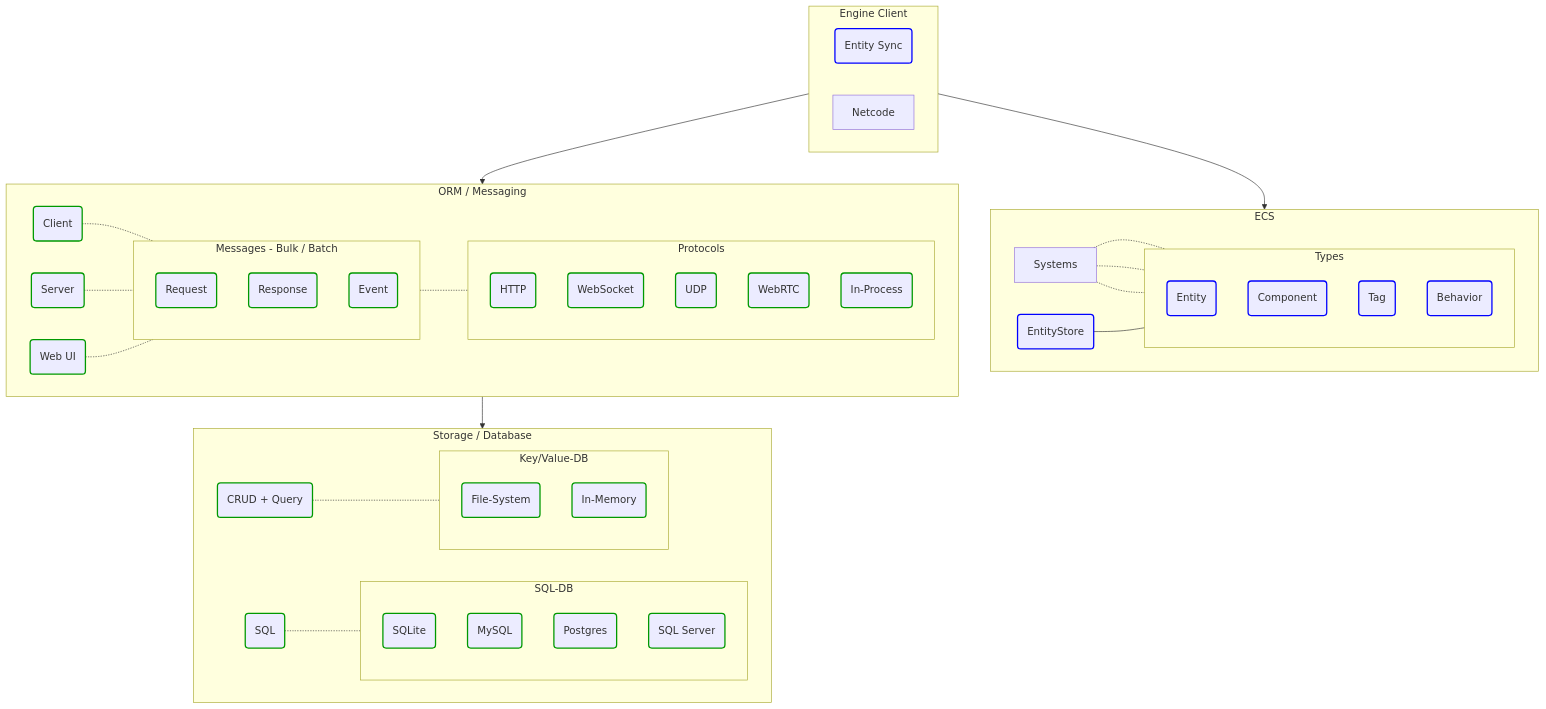
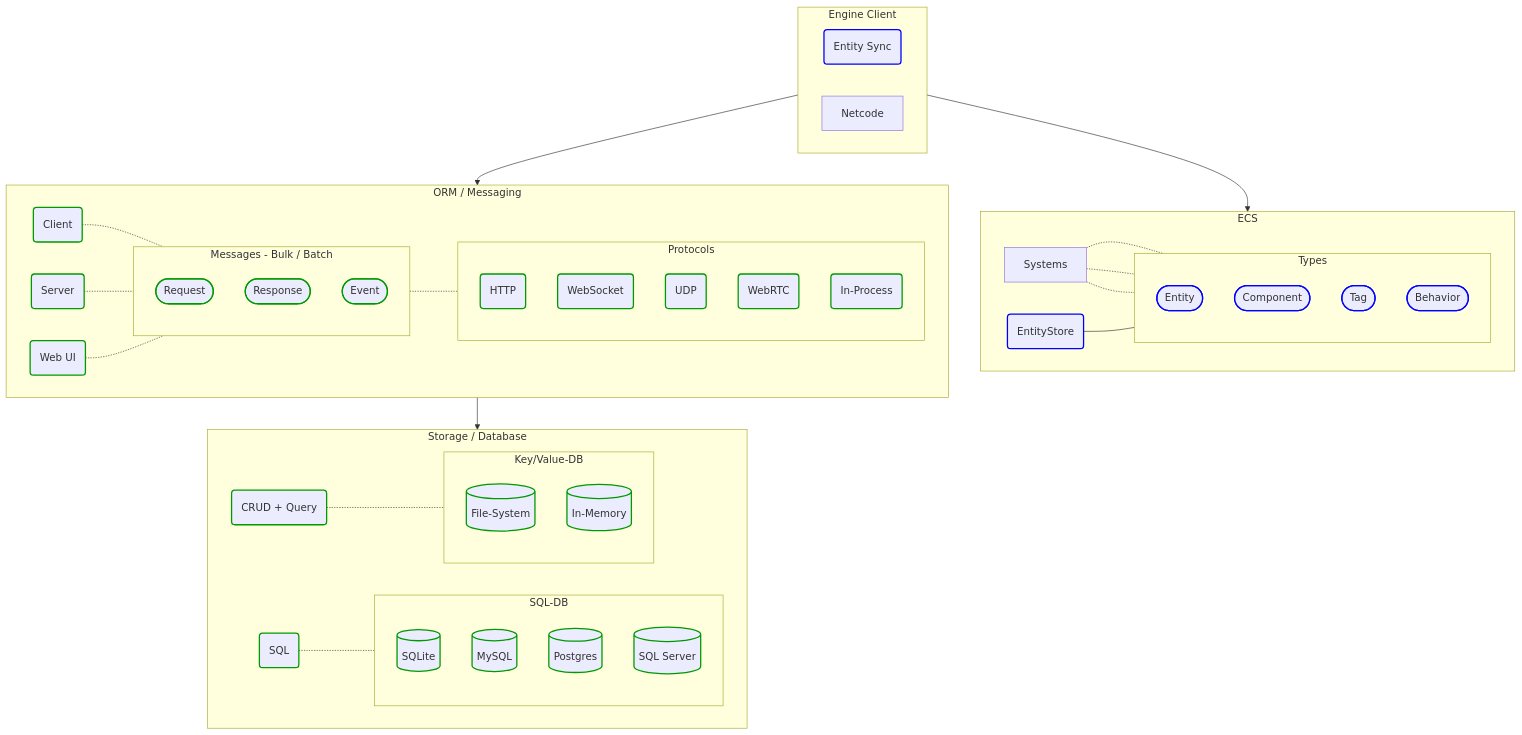
Before and after one commit to friflo/Friflo.Json.Fliox: the second of 3 diagrams in Engine/README.md, drawn with Mermaid. The commit also changed other lines of this file, not shown here.

Commit message:
Engine - update architecture diagram

```diff
--- a/Engine/README.md
+++ b/Engine/README.md
@@ -120,10 +120,10 @@
 
         subgraph ECS-Types[Types];
         direction TB;
-            Entity(Entity):::implemented
-            Component(Component):::implemented
-            Tag(Tag):::implemented
-            Behavior(Behavior):::implemented
+            Entity([Entity]):::implemented
+            Component([Component]):::implemented
+            Tag([Tag]):::implemented
+            Behavior([Behavior]):::implemented
         end
 
         EntityStore  --- ECS-Types
@@ -140,9 +140,9 @@
 
         subgraph Messages[Messages - Bulk / Batch];
             direction TB;
-            Request(Request):::finished
-            Response(Response):::finished
-            Event(Event):::finished
+            Request([Request]):::finished
+            Response([Response]):::finished
+            Event([Event]):::finished
         end
 
         Client -.- Messages
@@ -167,10 +167,10 @@
 
         subgraph SQL-DB;
             direction TB;
-            SQLite(SQLite):::finished
-            MySQL(MySQL):::finished
-            Postgres(Postgres):::finished
-            SQL-Server(SQL Server):::finished
+            SQLite[(SQLite)]:::finished
+            MySQL[(MySQL)]:::finished
+            Postgres[(Postgres)]:::finished
+            SQL-Server[(SQL Server)]:::finished
         end
 
         SQL     -.- SQL-DB
@@ -178,8 +178,8 @@
 
         subgraph Key/Value-DB;
             direction TB;
-            File-System(File-System):::finished
-            In-Memory(In-Memory):::finished
+            File-System[(File-System)]:::finished
+            In-Memory[(In-Memory)]:::finished
         end
     end
 
```
